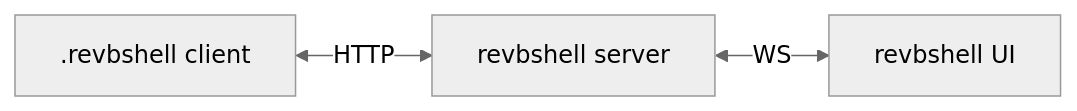
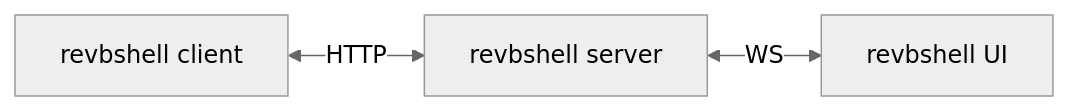
One commit to maximemoreillon/revbshell-server changed the diagram in README.md. Above: the diagram before and after it, drawn with Mermaid (neutral theme). The commit also changed other lines of this file, not shown here.

````diff
--- a/README.md
+++ b/README.md
@@ -5,7 +5,5 @@
 ```mermaid
 graph LR
-    A[.revbshell client] <-- HTTP --> B[revbshell server]
+    A[revbshell client] <-- HTTP --> B[revbshell server]
     B <-- WS --> C[revbshell UI]
-
-
 ```
````
